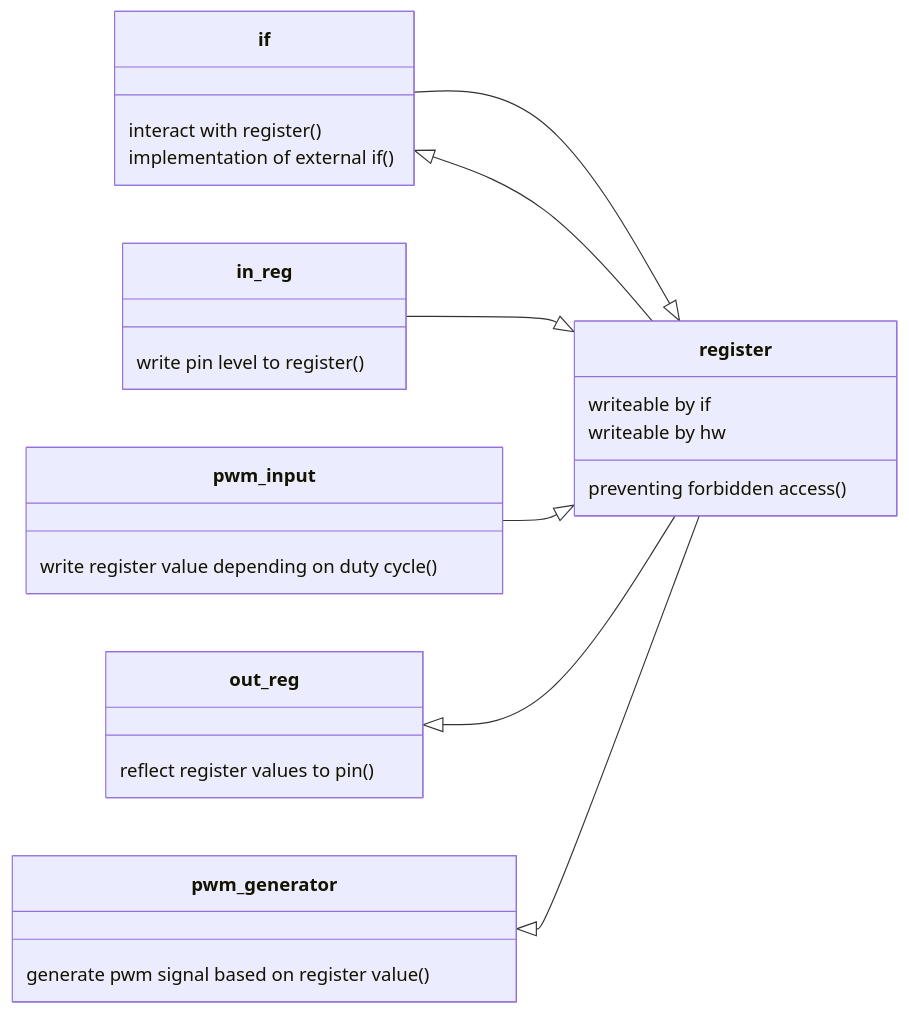
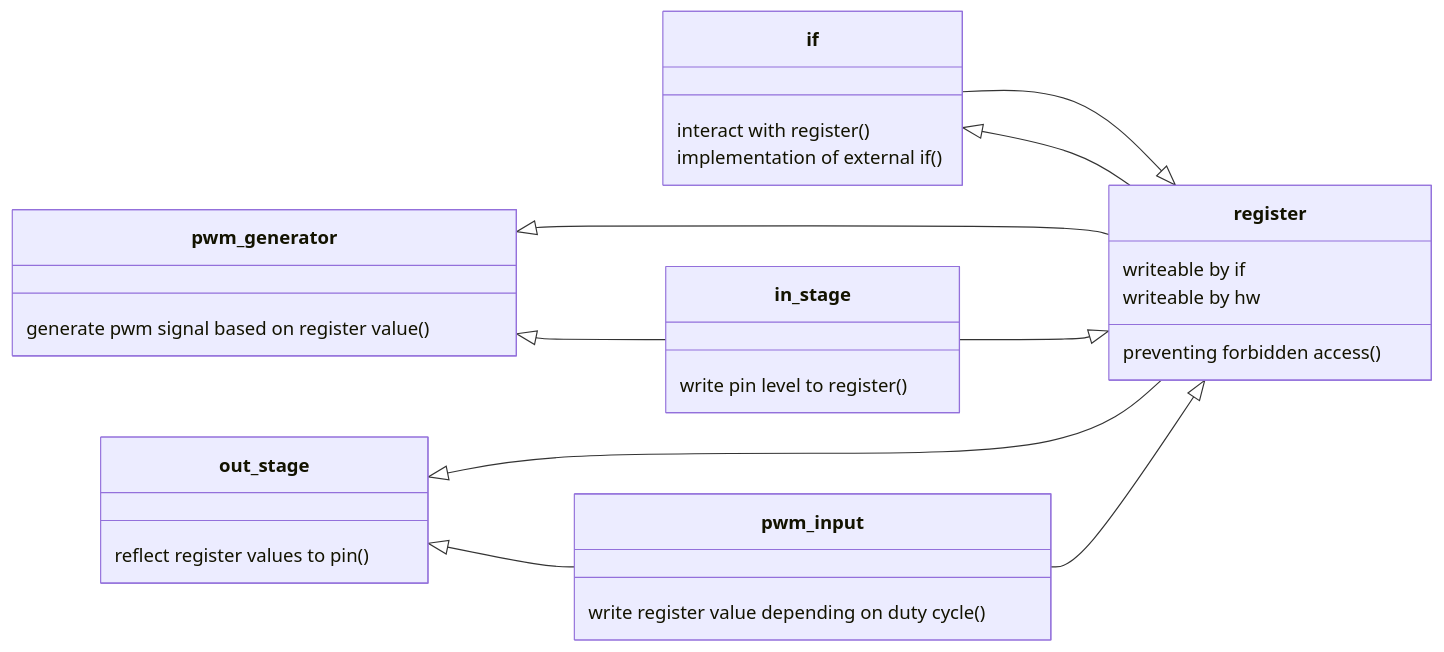
Before and after one commit to FHW-Appel/asic-pwm-inout-test: the first of 2 diagrams in docs/specification.md, drawn with Mermaid. The commit also changed other lines of this file, not shown here.

````diff
--- a/docs/specification.md
+++ b/docs/specification.md
@@ -4,34 +4,36 @@
 ```mermaid
 classDiagram
 direction RL
     register <|-- if
     register --|> if
-    register <|-- in_reg
+    register <|-- in_stage
     register <|-- pwm_input
-    register --|> out_reg
+    register --|> out_stage
     register --|> pwm_generator
+    in_stage --|> pwm_generator
+    pwm_input --|> out_stage
  
     class if
         if : interact with register()
         if : implementation of external if()
  
     class pwm_input
         pwm_input : write register value depending on duty cycle()
 
-    class in_reg
-        in_reg : write pin level to register()
+    class in_stage
+        in_stage : write pin level to register()
 
     class register
         register : writeable by if
         register : writeable by hw
         register : preventing forbidden access()
         
 
     class pwm_generator
         pwm_generator : generate pwm signal based on register value()
-    class out_reg
-        out_reg : reflect register values to pin()
+    class out_stage
+        out_stage : reflect register values to pin()
 
     
 
 ```
````
